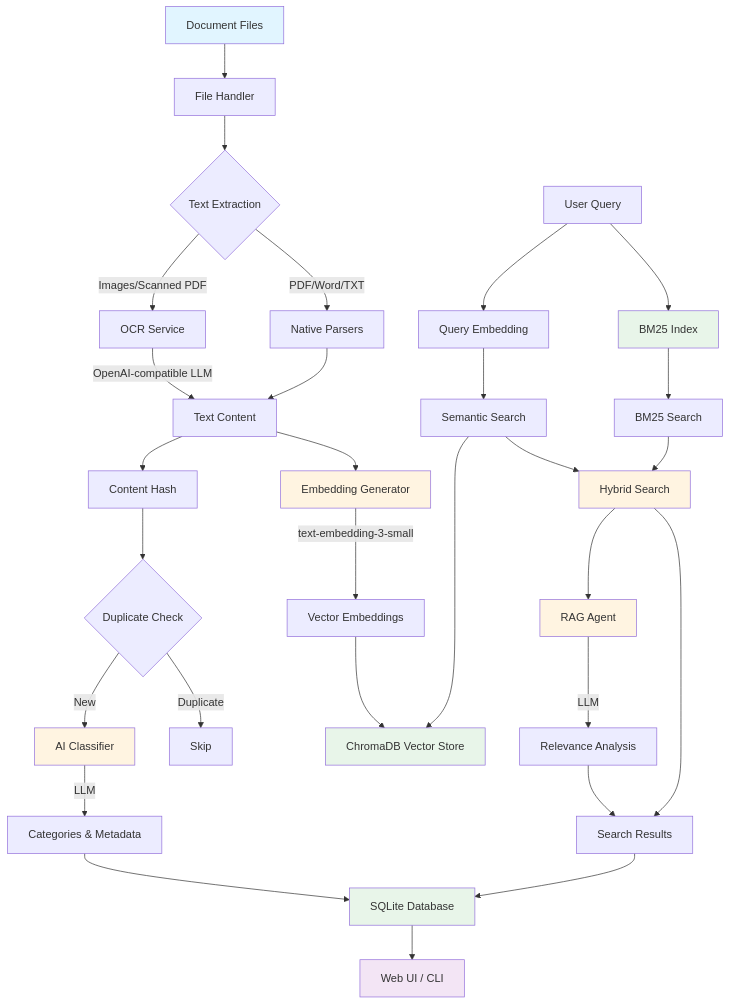
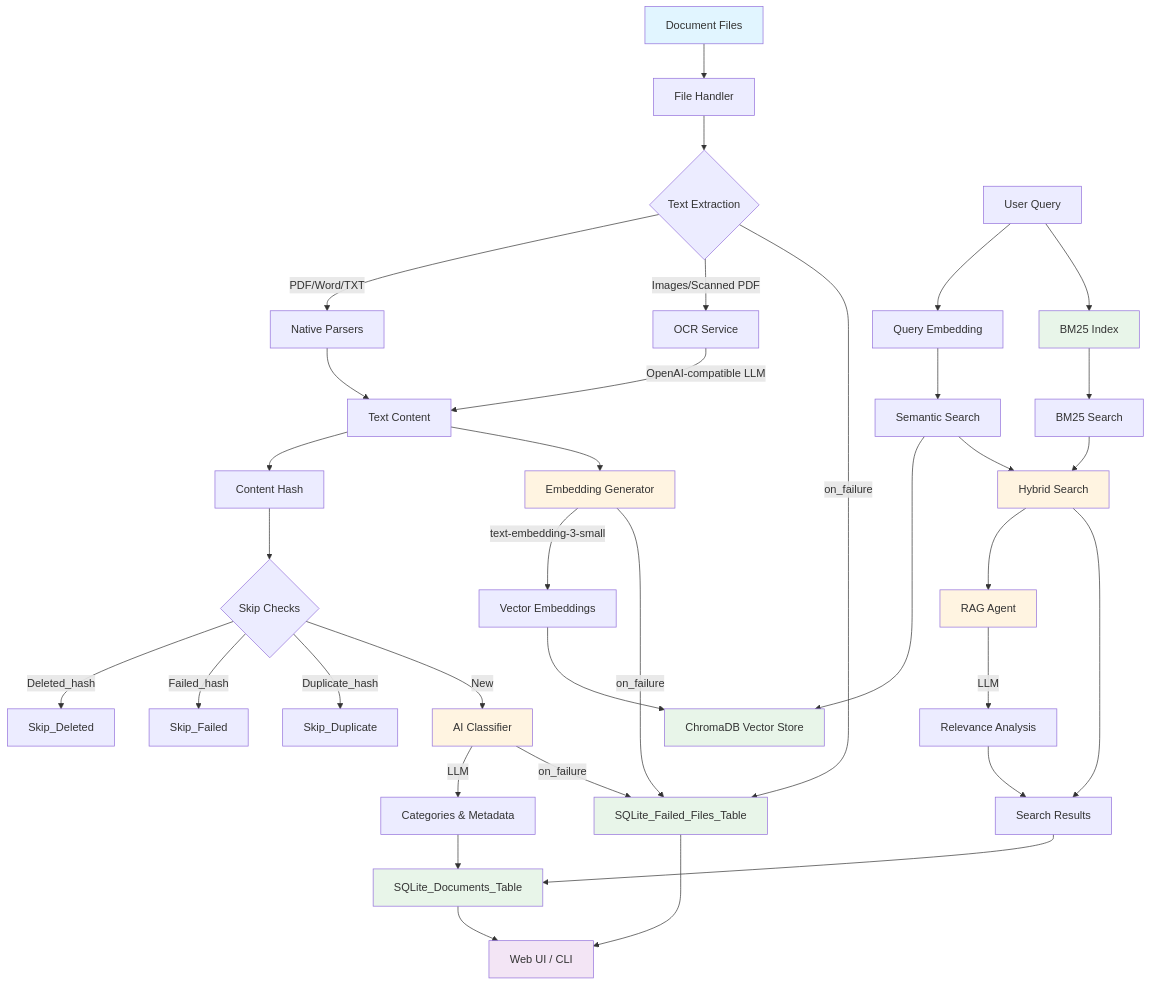
The diagram in README.md (darrenkoh/document-management-agents), drawn with Mermaid before and after one commit. The commit also changed other lines of this file and 5 other files, not shown here.

````diff
--- a/README.md
+++ b/README.md
@@ -41,45 +42,52 @@
 ```mermaid
 graph TB
     A[Document Files] --> B[File Handler]
     B --> C{Text Extraction}
     C -->|PDF/Word/TXT| D[Native Parsers]
     C -->|Images/Scanned PDF| E[OCR Service]
     E -->|OpenAI-compatible LLM| F[Text Content]
     D --> F
     
     F --> G[Content Hash]
-    G --> H{Duplicate Check}
+    G --> H{Skip Checks}
+    H -->|Deleted_hash| ZD[Skip_Deleted]
+    H -->|Failed_hash| ZF[Skip_Failed]
+    H -->|Duplicate_hash| Z[Skip_Duplicate]
     H -->|New| I[AI Classifier]
-    H -->|Duplicate| Z[Skip]
     
     I -->|LLM| J[Categories & Metadata]
     F --> K[Embedding Generator]
     K -->|text-embedding-3-small| L[Vector Embeddings]
     
-    J --> M[SQLite Database]
+    J --> M[SQLite_Documents_Table]
+    I -->|on_failure| FF[SQLite_Failed_Files_Table]
+    C -->|on_failure| FF
+    K -->|on_failure| FF
     L --> N[ChromaDB Vector Store]
     
     O[User Query] --> P[Query Embedding]
     O --> V[BM25 Index]
     P --> Q[Semantic Search]
     Q --> N
     V --> W[BM25 Search]
     Q --> X[Hybrid Search]
     W --> X
     X --> R[RAG Agent]
     R -->|LLM| S[Relevance Analysis]
     S --> T[Search Results]
     X --> T
     T --> M
     M --> U[Web UI / CLI]
+    FF --> U
     
     style A fill:#e1f5ff
     style I fill:#fff4e1
     style K fill:#fff4e1
     style R fill:#fff4e1
     style M fill:#e8f5e9
+    style FF fill:#e8f5e9
     style N fill:#e8f5e9
     style V fill:#e8f5e9
     style X fill:#fff4e1
     style U fill:#f3e5f5
 ```
````
